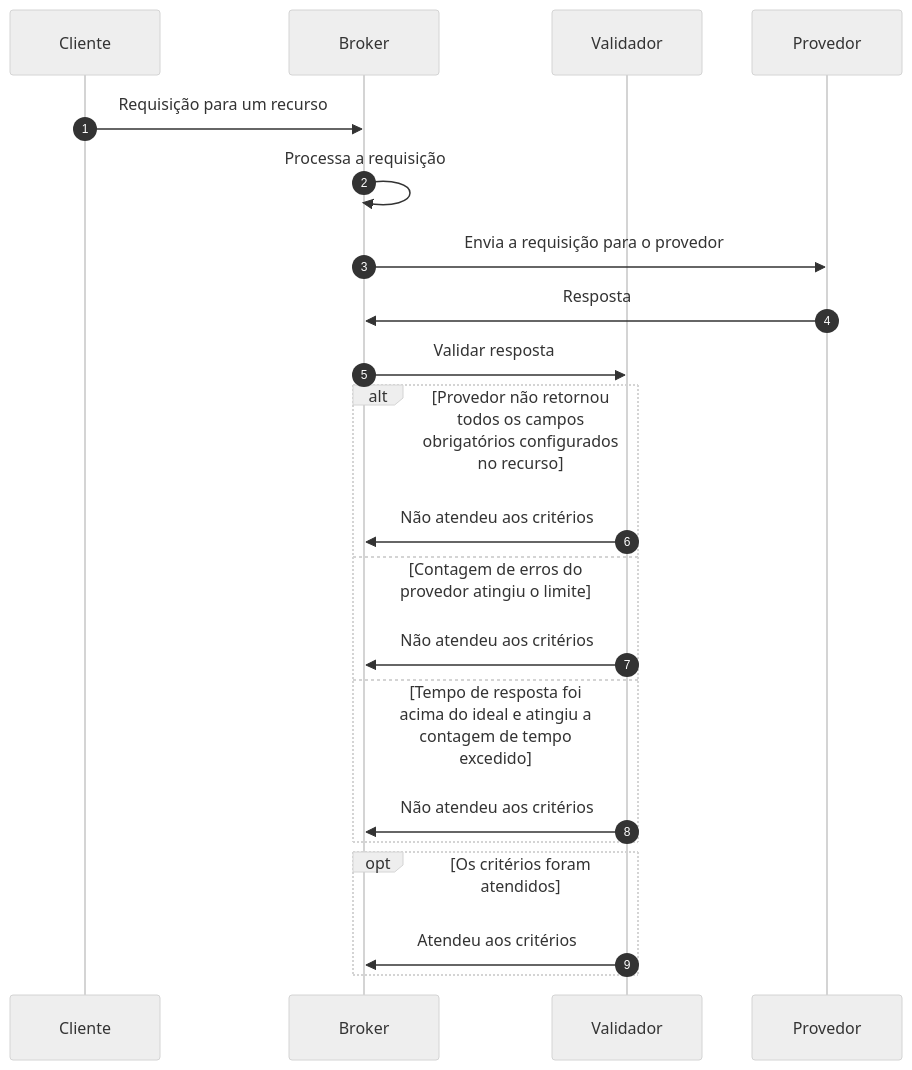
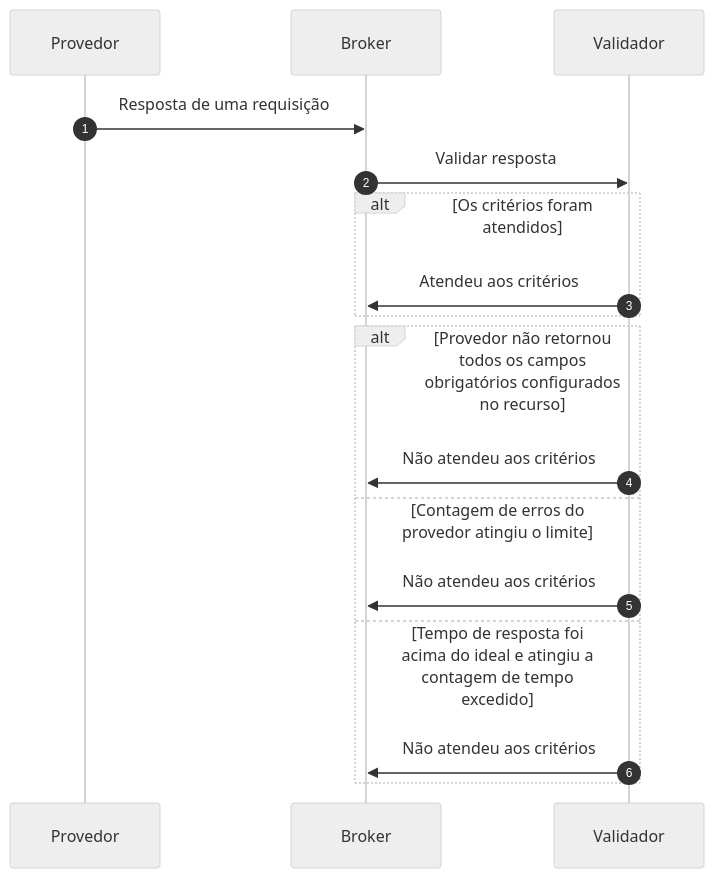
Before and after one commit to pedrofgd/api-rest-broker: the diagram in Docs/tccii/diagramas/seq_validacao.mmd, drawn with Mermaid. The commit also changed 3 other files, not shown here.

Commit message:
Atualizar diagramas com a versão apresentada para a professora em 19/04/23

```diff
--- a/Docs/tccii/diagramas/seq_validacao.mmd
+++ b/Docs/tccii/diagramas/seq_validacao.mmd
@@ -1,24 +1,20 @@
 %%{init: {'theme': 'neutral'}}%%
 
 sequenceDiagram
-    participant Cliente
+    participant Provedor
     participant Broker
     participant Validador
-    participant Provedor
 
     autonumber
-    Cliente->>Broker: Requisição para um recurso
-    Broker->>Broker: Processa a requisição
-    Broker->>Provedor: Envia a requisição para o provedor
-    Provedor->>Broker: Resposta
+    Provedor->>Broker: Resposta de uma requisição
     Broker->>Validador: Validar resposta
+    alt Os critérios foram atendidos
+        Validador->>Broker: Atendeu aos critérios
+    end
     alt Provedor não retornou todos os campos obrigatórios configurados no recurso
         Validador->>Broker: Não atendeu aos critérios
     else Contagem de erros do provedor atingiu o limite
         Validador->>Broker: Não atendeu aos critérios
     else Tempo de resposta foi acima do ideal e atingiu a contagem de tempo excedido
         Validador->>Broker: Não atendeu aos critérios
     end
-    opt Os critérios foram atendidos
-        Validador->>Broker: Atendeu aos critérios
-    end
```
